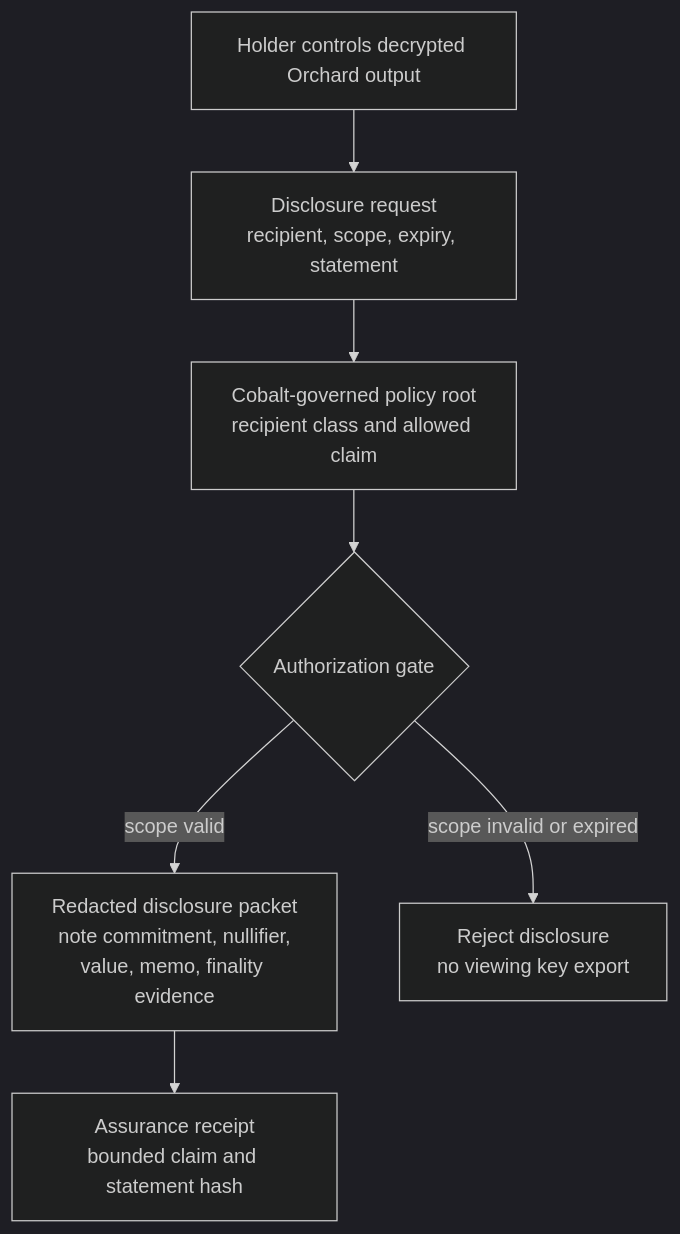
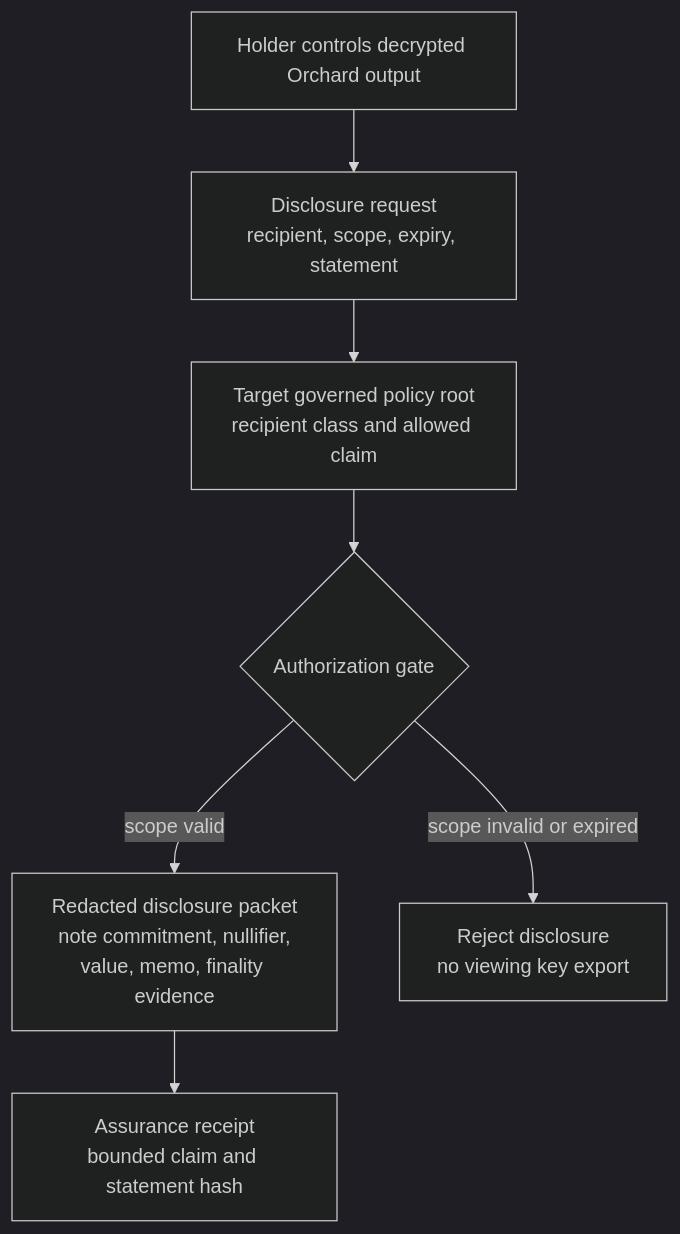
Before and after one commit to postfiatorg/postfiatl1v2: the diagram in docs/privacy/disclosure.md, drawn with Mermaid (dark theme). The commit also changed other lines of this file and 23 other files, not shown here.

````diff
--- a/docs/privacy/disclosure.md
+++ b/docs/privacy/disclosure.md
@@ -27,14 +33,14 @@
 ```mermaid
 flowchart TD
   Holder[Holder controls decrypted Orchard output]
   Request[Disclosure request<br/>recipient, scope, expiry, statement]
-  Policy[Cobalt-governed policy root<br/>recipient class and allowed claim]
+  Policy[Target governed policy root<br/>recipient class and allowed claim]
   Authorize{Authorization gate}
   Packet[Redacted disclosure packet<br/>note commitment, nullifier,<br/>value, memo, finality evidence]
   Receipt[Assurance receipt<br/>bounded claim and statement hash]
   Reject[Reject disclosure<br/>no viewing key export]
 
   Holder --> Request --> Policy --> Authorize
   Authorize -->|scope valid| Packet --> Receipt
   Authorize -->|scope invalid or expired| Reject
 ```
````
